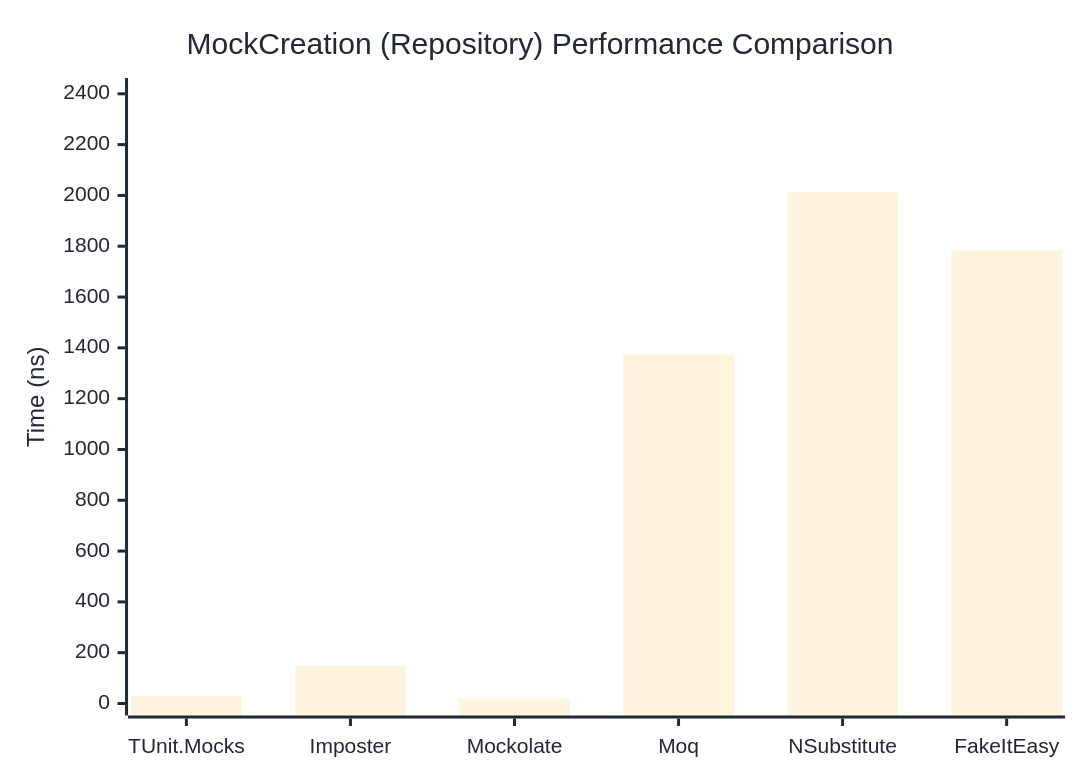
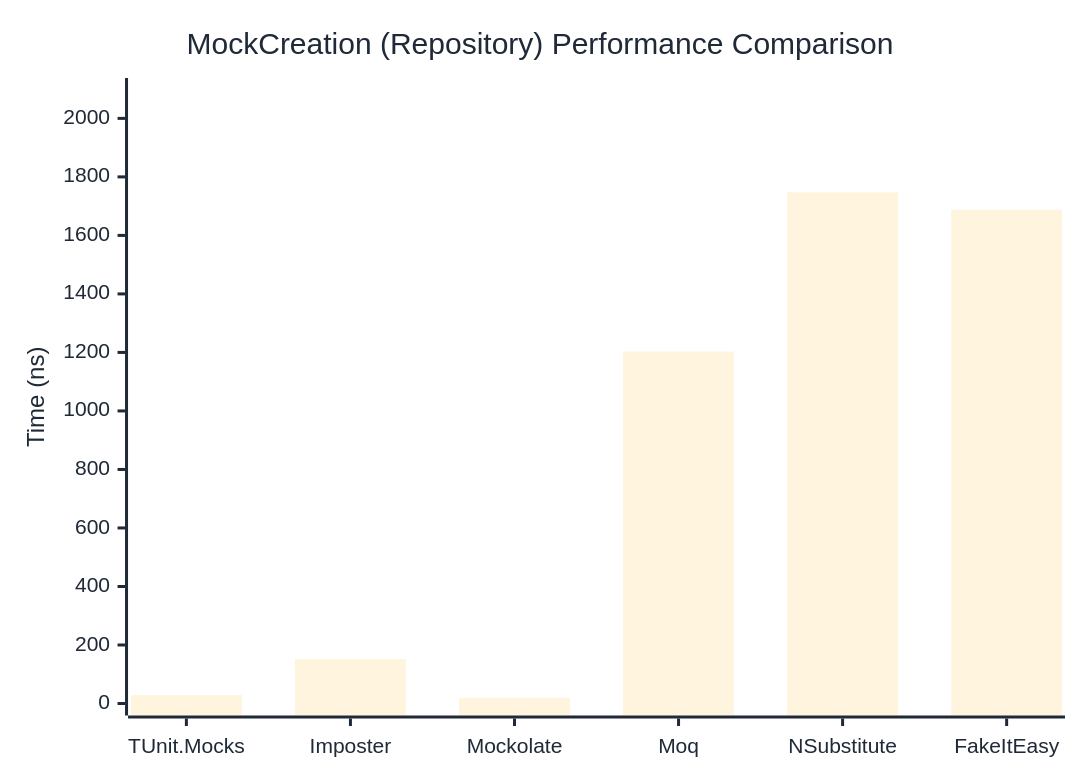
The second of 2 diagrams in docs/docs/benchmarks/mocks/MockCreation.md (thomhurst/TUnit), drawn with Mermaid before and after one commit. The commit also changed other lines of this file and 14 other files, not shown here.

````diff
--- a/docs/docs/benchmarks/mocks/MockCreation.md
+++ b/docs/docs/benchmarks/mocks/MockCreation.md
@@ -71,27 +71,27 @@
 ```mermaid
 %%{init: {
   'theme':'base',
   'themeVariables': {
     'primaryColor': '#2563eb',
     'primaryTextColor': '#1f2937',
     'primaryBorderColor': '#1e40af',
     'lineColor': '#6b7280',
     'secondaryColor': '#7c3aed',
     'tertiaryColor': '#dc2626',
     'background': '#ffffff',
     'pie1': '#2563eb',
     'pie2': '#7c3aed',
     'pie3': '#dc2626',
     'pie4': '#f59e0b',
     'pie5': '#10b981',
     'pie6': '#06b6d4',
     'pie7': '#ec4899',
     'pie8': '#6366f1'
   }
 }}%%
 xychart-beta
   title "MockCreation (Repository) Performance Comparison"
   x-axis ["TUnit.Mocks", "Imposter", "Mockolate", "Moq", "NSubstitute", "FakeItEasy"]
-  y-axis "Time (ns)" 0 --> 2415
-  bar [30.02, 147.36, 18.65, 1373.49, 2012.19, 1782.88]
+  y-axis "Time (ns)" 0 --> 2097
+  bar [28.97, 151.86, 19.13, 1202.97, 1747.02, 1687.61]
 ```
````
